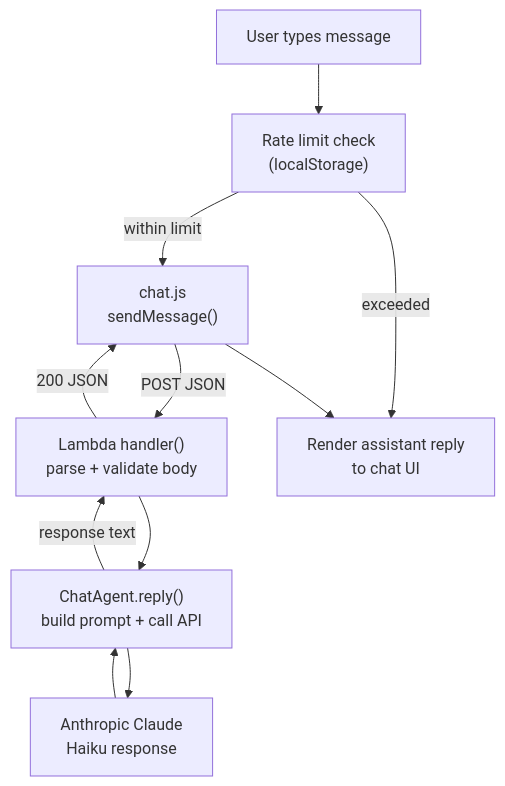
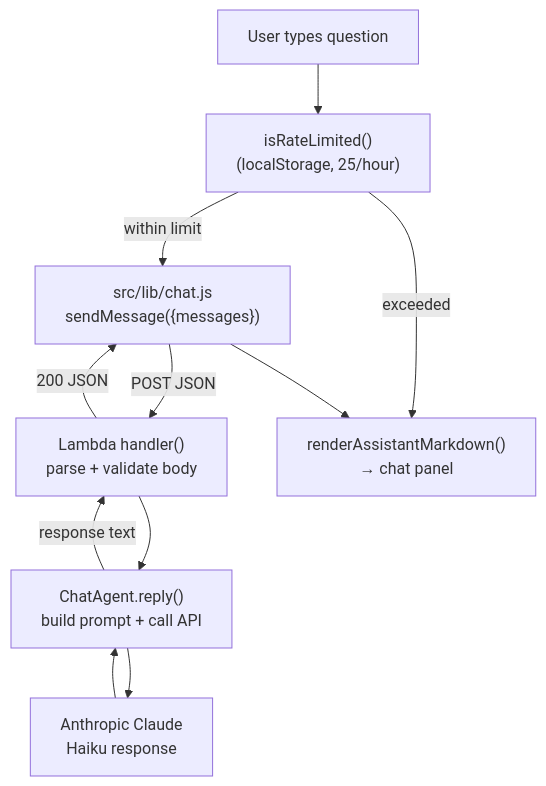
The second of 2 diagrams in wiki/Architecture.md (cdcoonce/Portfolio_Website), drawn with Mermaid before and after one commit. The commit also changed other lines of this file and 39 other files, not shown here.

First line of the commit message:
docs: rebuild wiki for the Astro architecture; remove retired vanilla source

````diff
--- a/wiki/Architecture.md
+++ b/wiki/Architecture.md
@@ -29,21 +34,21 @@
 ```mermaid
 graph TD
-    UserInput["User types message"]
-    RateCheck["Rate limit check\n(localStorage)"]
-    ChatModule["chat.js\nsendMessage()"]
+    UserInput["User types question"]
+    RateCheck["isRateLimited()\n(localStorage, 25/hour)"]
+    ChatLib["src/lib/chat.js\nsendMessage({messages})"]
     LambdaHandler["Lambda handler()\nparse + validate body"]
     ChatAgent["ChatAgent.reply()\nbuild prompt + call API"]
     AnthropicResponse["Anthropic Claude\nHaiku response"]
-    RenderReply["Render assistant reply\nto chat UI"]
+    RenderReply["renderAssistantMarkdown()\n→ chat panel"]
 
     UserInput --> RateCheck
-    RateCheck -->|within limit| ChatModule
+    RateCheck -->|within limit| ChatLib
     RateCheck -->|exceeded| RenderReply
-    ChatModule -->|POST JSON| LambdaHandler
+    ChatLib -->|POST JSON| LambdaHandler
     LambdaHandler --> ChatAgent
     ChatAgent --> AnthropicResponse
     AnthropicResponse --> ChatAgent
     ChatAgent -->|response text| LambdaHandler
-    LambdaHandler -->|200 JSON| ChatModule
-    ChatModule --> RenderReply
+    LambdaHandler -->|200 JSON| ChatLib
+    ChatLib --> RenderReply
 ```
````
